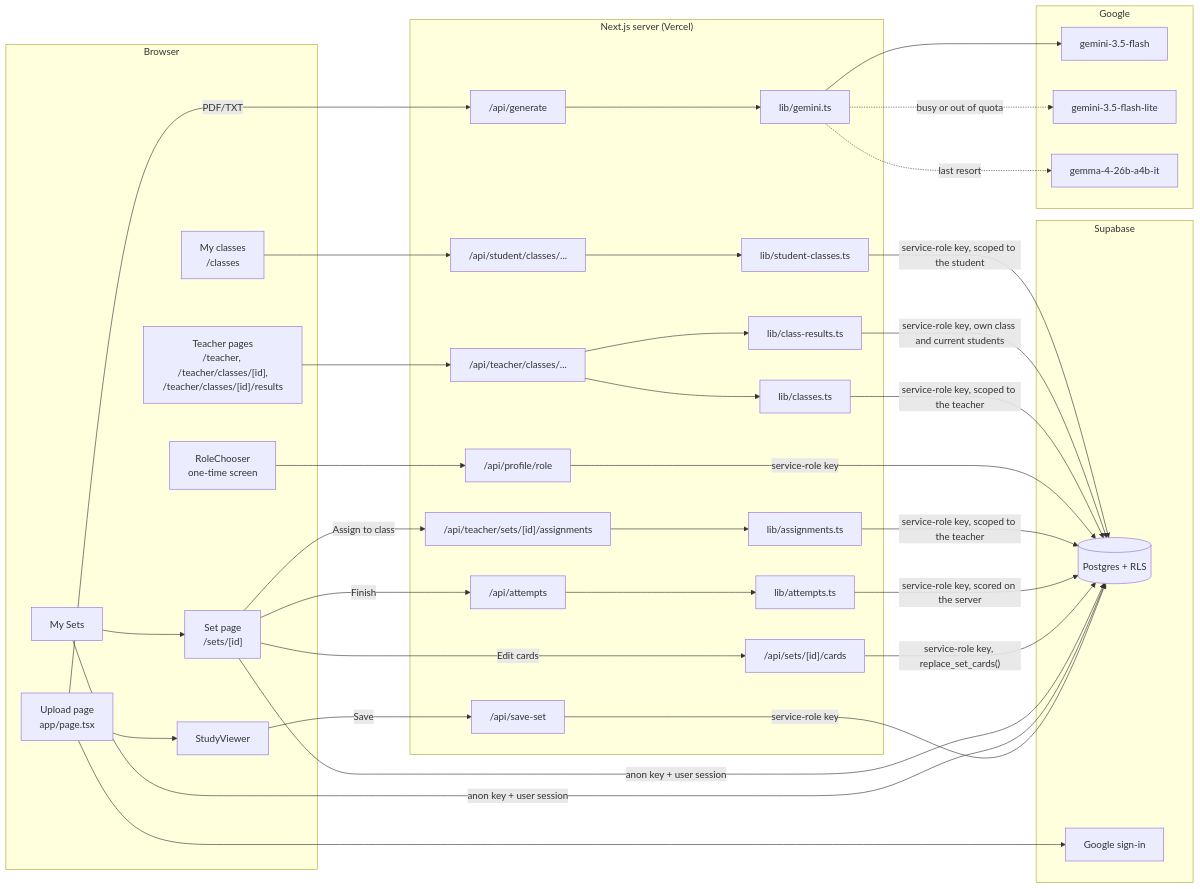
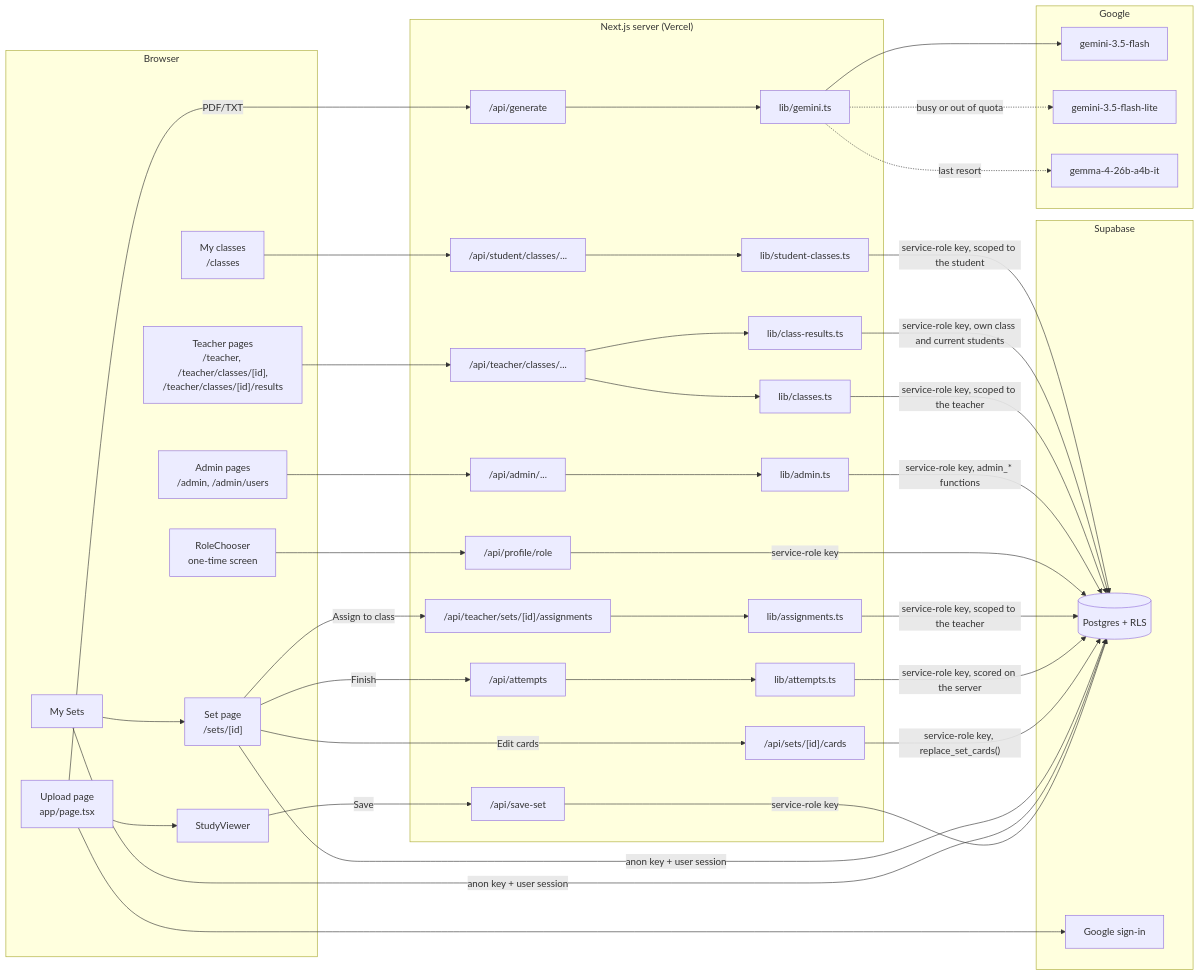
Before and after one commit to GABRIEL-CSTND/FlashForge: the diagram in docs/ARCHITECTURE.md, drawn with Mermaid. The commit also changed other lines of this file and 16 other files, not shown here.

````diff
--- a/docs/ARCHITECTURE.md
+++ b/docs/ARCHITECTURE.md
@@ -8,46 +8,50 @@
 ```mermaid
 flowchart LR
   subgraph Browser
     U[Upload page<br/>app/page.tsx] --> SV[StudyViewer]
     MS[My Sets] --> SP["Set page<br/>/sets/[id]"]
     RC[RoleChooser<br/>one-time screen]
+    AP["Admin pages<br/>/admin, /admin/users"]
     T["Teacher pages<br/>/teacher, /teacher/classes/[id],<br/>/teacher/classes/[id]/results"]
     MC["My classes<br/>/classes"]
   end
   subgraph "Next.js server (Vercel)"
     G["/api/generate"] --> AI[lib/gemini.ts]
     S["/api/save-set"]
     EC["/api/sets/[id]/cards"]
     AS["/api/teacher/sets/[id]/assignments"] --> ASL[lib/assignments.ts]
     R["/api/profile/role"]
+    AA["/api/admin/..."] --> ADL[lib/admin.ts]
     TC["/api/teacher/classes/..."] --> CL[lib/classes.ts]
     TC --> CR[lib/class-results.ts]
     SC["/api/student/classes/..."] --> SCL[lib/student-classes.ts]
     AT["/api/attempts"] --> ATL[lib/attempts.ts]
   end
   subgraph Google
     AI --> M1[gemini-3.5-flash]
     AI -.->|busy or out of quota| M2[gemini-3.5-flash-lite]
     AI -.->|last resort| M3[gemma-4-26b-a4b-it]
   end
   subgraph Supabase
     DB[(Postgres + RLS)]
     AUTH[Google sign-in]
   end
   U -->|PDF/TXT| G
   SV -->|Save| S -->|service-role key| DB
   MS -->|anon key + user session| DB
   SP -->|anon key + user session| DB
   SP -->|Edit cards| EC -->|"service-role key, replace_set_cards()"| DB
   SP -->|Assign to class| AS
   SP -->|Finish| AT
   ATL -->|service-role key, scored on the server| DB
   ASL -->|service-role key, scoped to the teacher| DB
   U --> AUTH
   RC --> R -->|service-role key| DB
+  AP --> AA
+  ADL -->|"service-role key, admin_* functions"| DB
   T --> TC
   CL -->|service-role key, scoped to the teacher| DB
   CR -->|service-role key, own class and current students| DB
   MC --> SC
   SCL -->|service-role key, scoped to the student| DB
 ```
````
